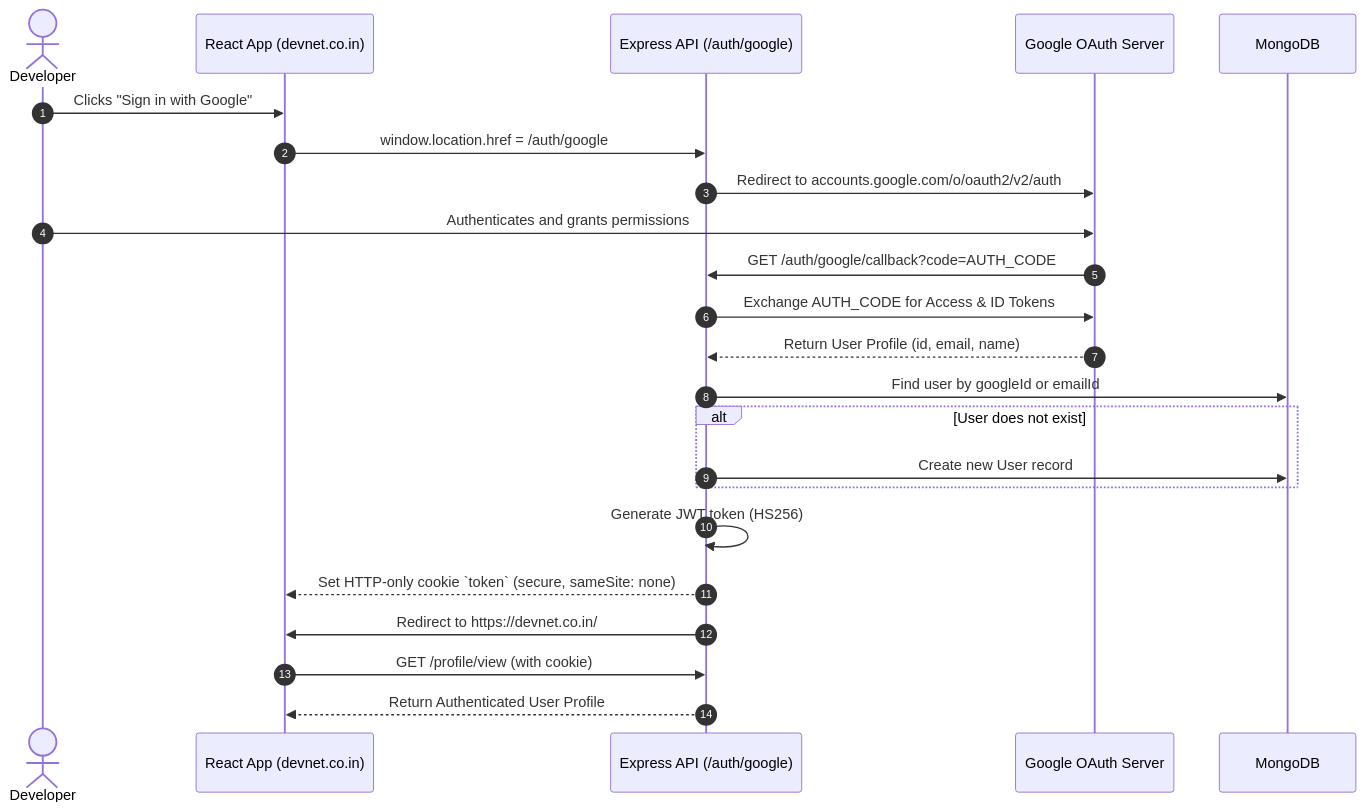
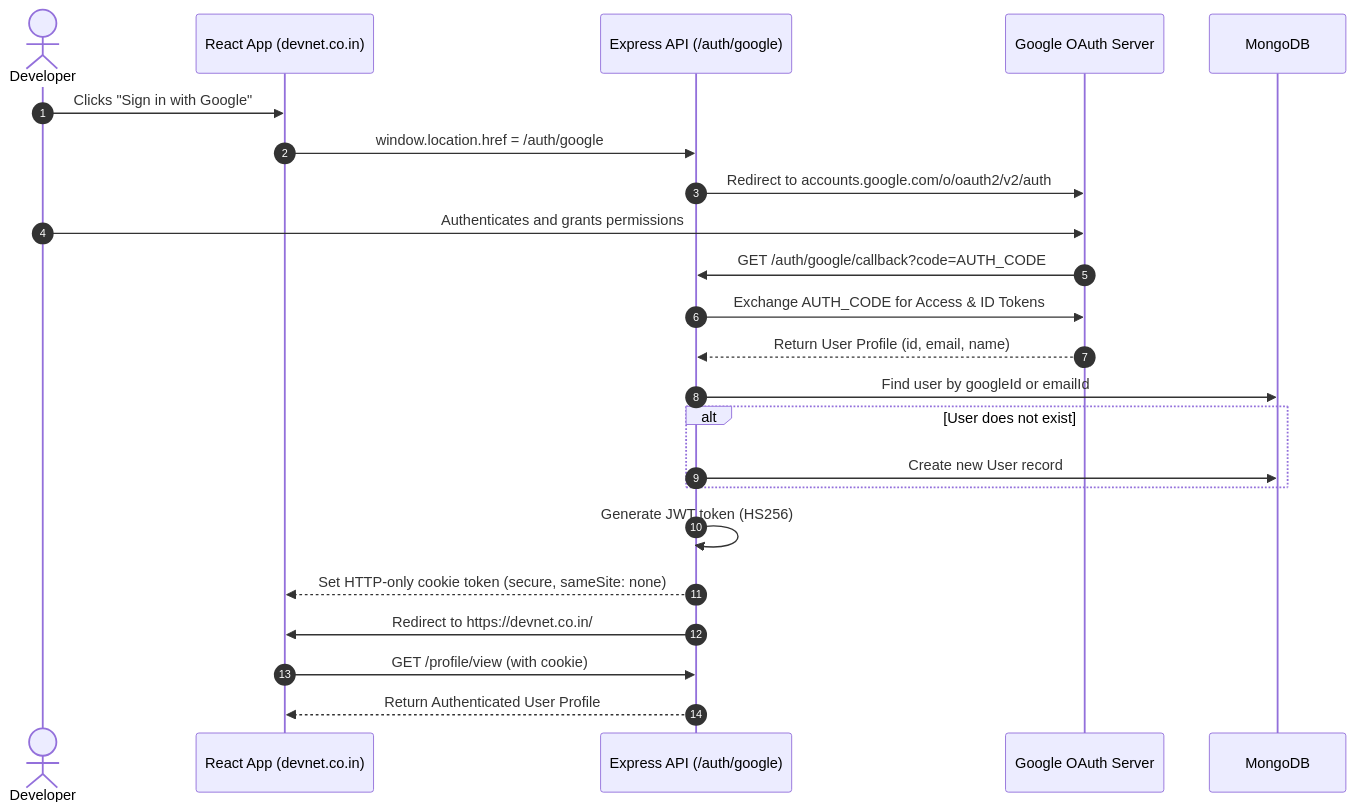
One commit to Mr-Elegant/DevNet changed the third of 3 diagrams in README.md. Above: the diagram before and after it, drawn with Mermaid. The commit also changed other lines of this file, not shown here.

Commit message:
Fix Mermaid diagram parsing syntax for GitHub

````diff
--- a/README.md
+++ b/README.md
@@ -191,26 +191,26 @@
 ```mermaid
 sequenceDiagram
     autonumber
     actor Dev as Developer
     participant Client as React App (devnet.co.in)
     participant API as Express API (/auth/google)
     participant Google as Google OAuth Server
     participant DB as MongoDB
 
     Dev->>Client: Clicks "Sign in with Google"
     Client->>API: window.location.href = /auth/google
     API->>Google: Redirect to accounts.google.com/o/oauth2/v2/auth
     Dev->>Google: Authenticates and grants permissions
     Google->>API: GET /auth/google/callback?code=AUTH_CODE
     API->>Google: Exchange AUTH_CODE for Access & ID Tokens
     Google-->>API: Return User Profile (id, email, name)
     API->>DB: Find user by googleId or emailId
     alt User does not exist
         API->>DB: Create new User record
     end
     API->>API: Generate JWT token (HS256)
-    API-->>Client: Set HTTP-only cookie `token` (secure, sameSite: none)
+    API-->>Client: Set HTTP-only cookie token (secure, sameSite: none)
     API->>Client: Redirect to https://devnet.co.in/
     Client->>API: GET /profile/view (with cookie)
     API-->>Client: Return Authenticated User Profile
 ```
````
